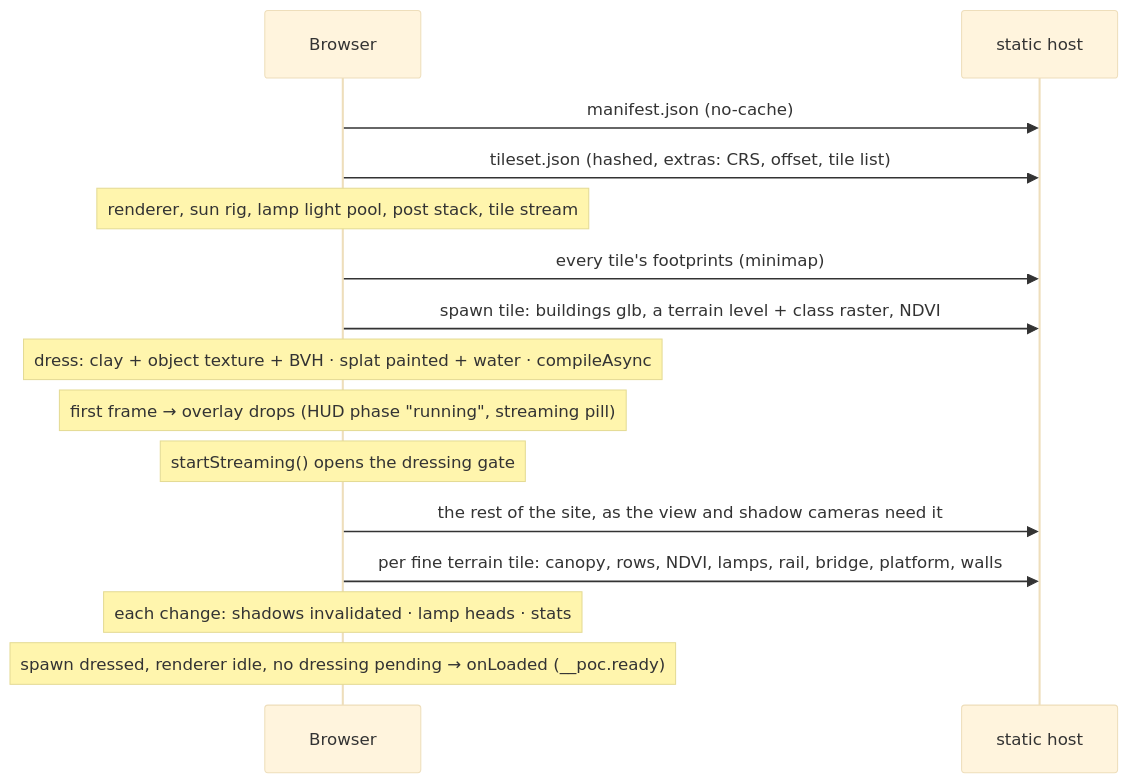
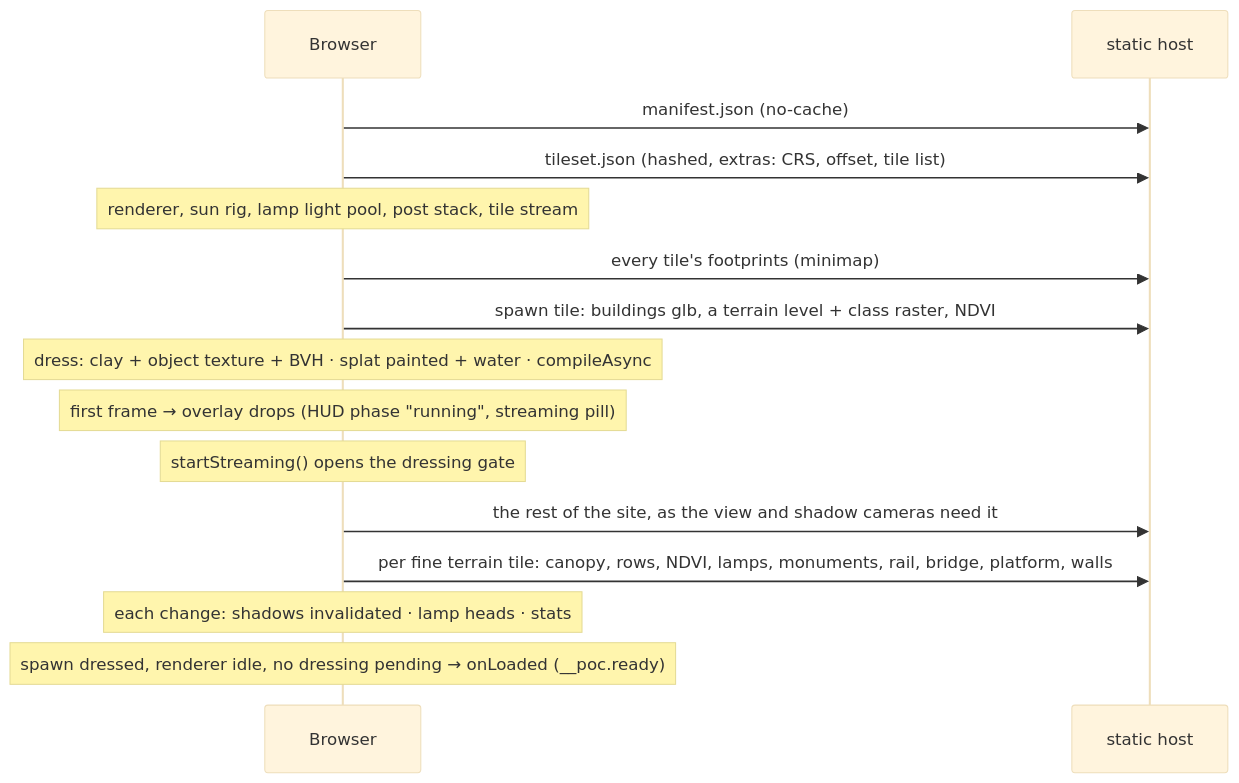
One commit to mdugue/bridge changed the second of 2 diagrams in docs/rendering.md. Above: the diagram before and after it, drawn with Mermaid (base theme). The commit also changed other lines of this file and 41 other files, not shown here.

````diff
--- a/docs/rendering.md
+++ b/docs/rendering.md
@@ -210,17 +215,17 @@
 ```mermaid
 sequenceDiagram
   participant B as Browser
   participant S as static host
   B->>S: manifest.json (no-cache)
   B->>S: tileset.json (hashed, extras: CRS, offset, tile list)
   Note over B: renderer, sun rig, lamp light pool, post stack, tile stream
   B->>S: every tile's footprints (minimap)
   B->>S: spawn tile: buildings glb, a terrain level + class raster, NDVI
   Note over B: dress: clay + object texture + BVH · splat painted + water · compileAsync
   Note over B: first frame → overlay drops (HUD phase "running", streaming pill)
   Note over B: startStreaming() opens the dressing gate
   B->>S: the rest of the site, as the view and shadow cameras need it
-  B->>S: per fine terrain tile: canopy, rows, NDVI, lamps, rail, bridge, platform, walls
+  B->>S: per fine terrain tile: canopy, rows, NDVI, lamps, monuments, rail, bridge, platform, walls
   Note over B: each change: shadows invalidated · lamp heads · stats
   Note over B: spawn dressed, renderer idle, no dressing pending → onLoaded (__poc.ready)
 ```
````
